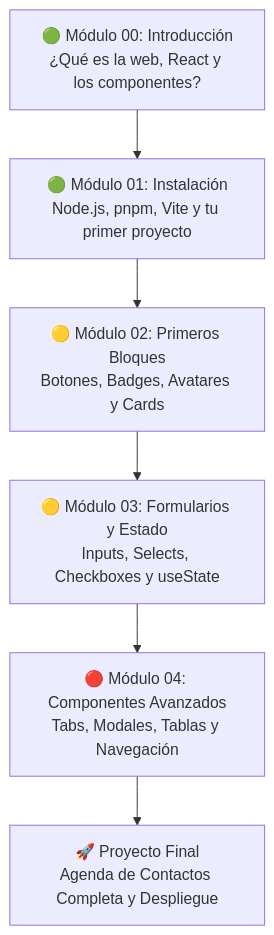
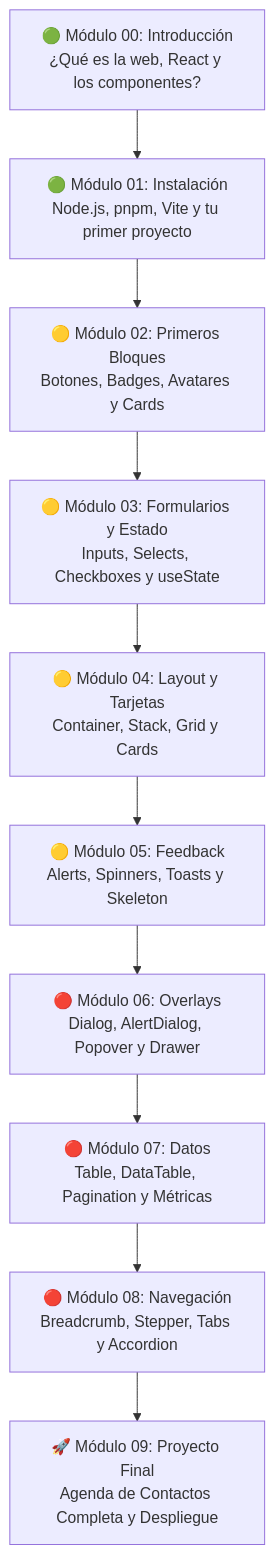
Before and after one commit to AlcsPower/alcs-ui: the diagram in docs/instructivo/README.md, drawn with Mermaid. The commit also changed other lines of this file and 95 other files, not shown here.

Commit message:
chore: align v1.6.2 i18n, community health docs, brand neutralization, and live demo roadmap

````diff
--- a/docs/instructivo/README.md
+++ b/docs/instructivo/README.md
@@ -26,8 +26,12 @@
 ```mermaid
 flowchart TD
     A["🟢 Módulo 00: Introducción<br/>¿Qué es la web, React y los componentes?"] --> B["🟢 Módulo 01: Instalación<br/>Node.js, pnpm, Vite y tu primer proyecto"]
     B --> C["🟡 Módulo 02: Primeros Bloques<br/>Botones, Badges, Avatares y Cards"]
     C --> D["🟡 Módulo 03: Formularios y Estado<br/>Inputs, Selects, Checkboxes y useState"]
-    D --> E["🔴 Módulo 04: Componentes Avanzados<br/>Tabs, Modales, Tablas y Navegación"]
-    E --> F["🚀 Proyecto Final<br/>Agenda de Contactos Completa y Despliegue"]
+    D --> E["🟡 Módulo 04: Layout y Tarjetas<br/>Container, Stack, Grid y Cards"]
+    E --> F["🟡 Módulo 05: Feedback<br/>Alerts, Spinners, Toasts y Skeleton"]
+    F --> G["🔴 Módulo 06: Overlays<br/>Dialog, AlertDialog, Popover y Drawer"]
+    G --> H["🔴 Módulo 07: Datos<br/>Table, DataTable, Pagination y Métricas"]
+    H --> I["🔴 Módulo 08: Navegación<br/>Breadcrumb, Stepper, Tabs y Accordion"]
+    I --> J["🚀 Módulo 09: Proyecto Final<br/>Agenda de Contactos Completa y Despliegue"]
 ```
````
